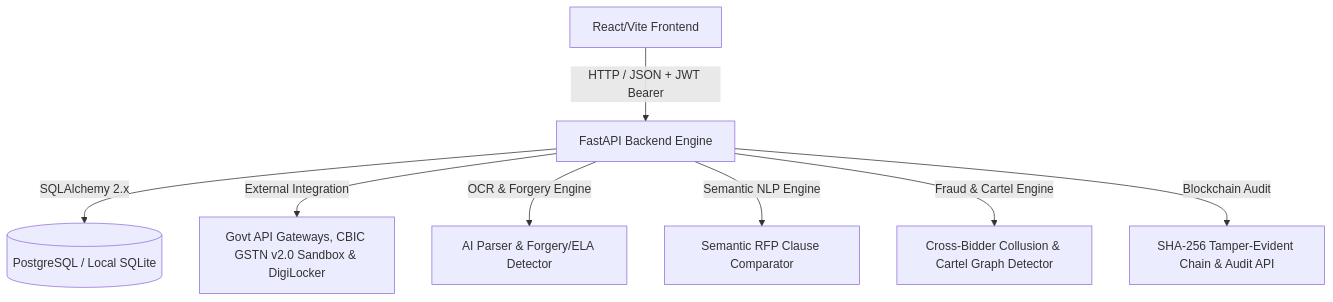
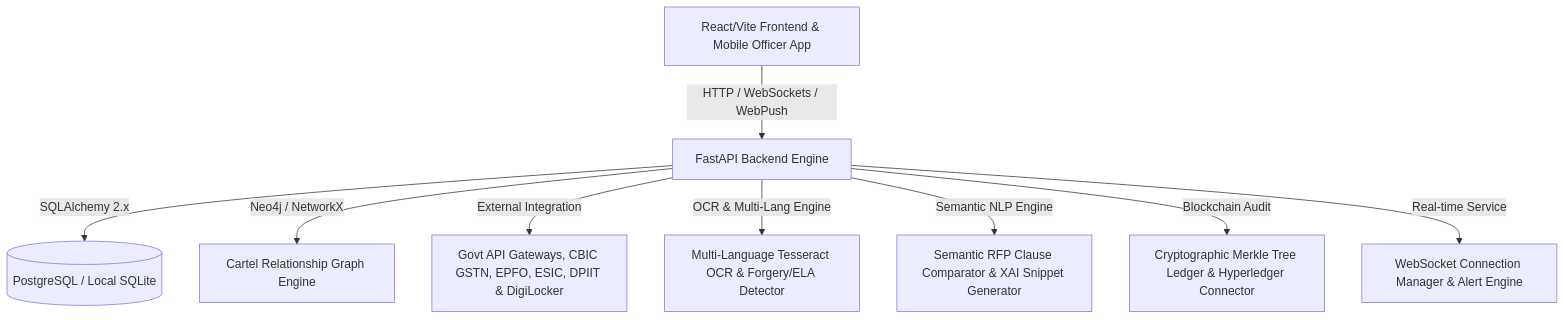
Before and after one commit to Yogeshsingh123-LAB/-AI-Powered-Integrated-Bid-Compliance-Verification-Platform-for-GeM-Procurement: the first of 2 diagrams in brain.md, drawn with Mermaid. The commit also changed other lines of this file and 1 other file, not shown here.

Commit message:
docs: update README.md and brain.md with complete architecture, module specifications, and benchmark metrics

````diff
--- a/brain.md
+++ b/brain.md
@@ -14,10 +14,11 @@
 ```mermaid
 graph TD
-    A[React/Vite Frontend] -- HTTP / JSON + JWT Bearer --> B[FastAPI Backend Engine]
+    A[React/Vite Frontend & Mobile Officer App] -- HTTP / WebSockets / WebPush --> B[FastAPI Backend Engine]
     B -- SQLAlchemy 2.x --> C[(PostgreSQL / Local SQLite)]
-    B -- External Integration --> E[Govt API Gateways, CBIC GSTN v2.0 Sandbox & DigiLocker]
-    B -- OCR & Forgery Engine --> F[AI Parser & Forgery/ELA Detector]
-    B -- Semantic NLP Engine --> G[Semantic RFP Clause Comparator]
-    B -- Fraud & Cartel Engine --> H[Cross-Bidder Collusion & Cartel Graph Detector]
-    B -- Blockchain Audit --> I[SHA-256 Tamper-Evident Chain & Audit API]
+    B -- Neo4j / NetworkX --> D[Cartel Relationship Graph Engine]
+    B -- External Integration --> E[Govt API Gateways, CBIC GSTN, EPFO, ESIC, DPIIT & DigiLocker]
+    B -- OCR & Multi-Lang Engine --> F[Multi-Language Tesseract OCR & Forgery/ELA Detector]
+    B -- Semantic NLP Engine --> G[Semantic RFP Clause Comparator & XAI Snippet Generator]
+    B -- Blockchain Audit --> H[Cryptographic Merkle Tree Ledger & Hyperledger Connector]
+    B -- Real-time Service --> I[WebSocket Connection Manager & Alert Engine]
 ```
````
